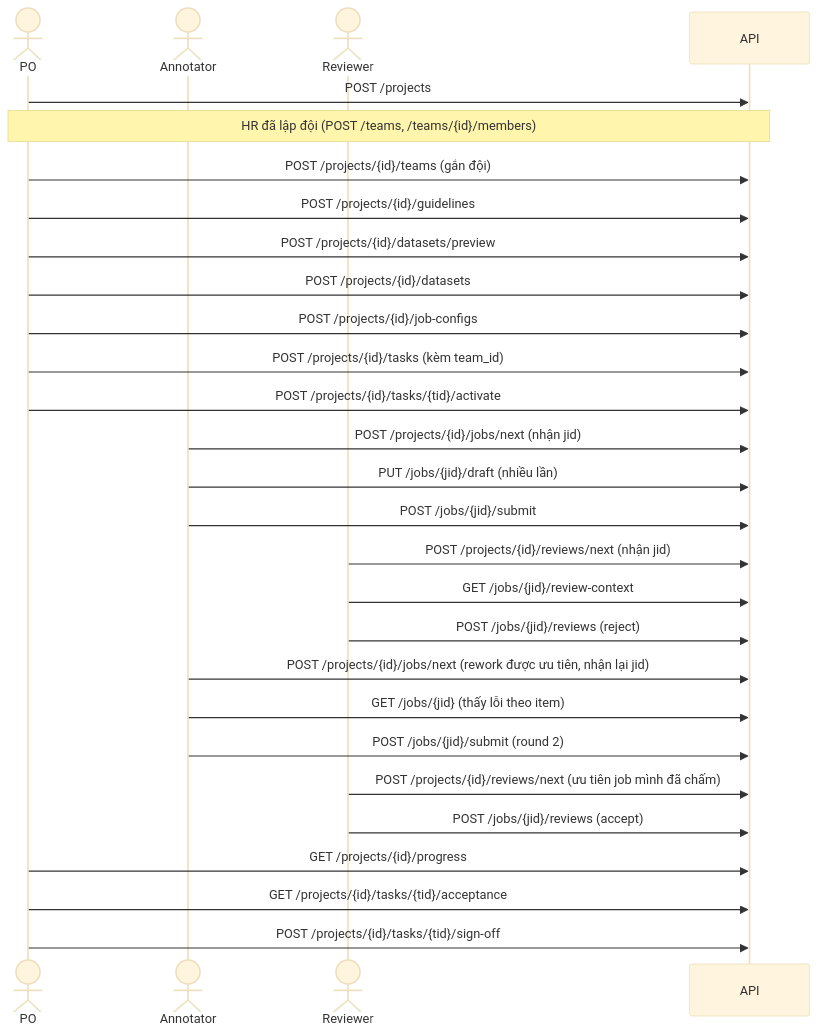
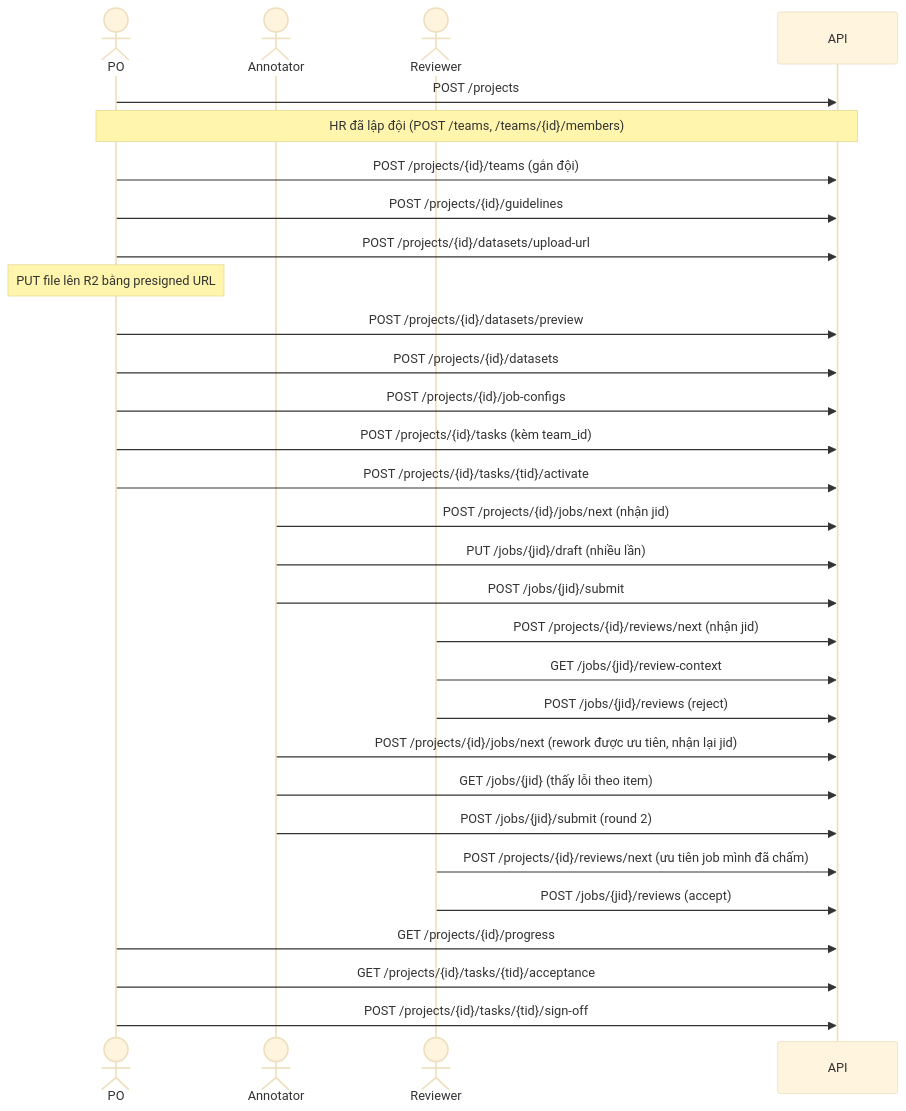
The third of 3 diagrams in docs/api_design.md (ducloc24/Annocollector), drawn with Mermaid (base theme) before and after one commit. The commit also changed other lines of this file and 3 other files, not shown here.

````diff
--- a/docs/api_design.md
+++ b/docs/api_design.md
@@ -618,36 +637,38 @@
 ```mermaid
 sequenceDiagram
     actor PO
     actor AN as Annotator
     actor RV as Reviewer
     participant API
 
     PO->>API: POST /projects
     Note over PO,API: HR đã lập đội (POST /teams, /teams/{id}/members)
     PO->>API: POST /projects/{id}/teams (gắn đội)
     PO->>API: POST /projects/{id}/guidelines
+    PO->>API: POST /projects/{id}/datasets/upload-url
+    Note over PO: PUT file lên R2 bằng presigned URL
     PO->>API: POST /projects/{id}/datasets/preview
     PO->>API: POST /projects/{id}/datasets
     PO->>API: POST /projects/{id}/job-configs
     PO->>API: POST /projects/{id}/tasks (kèm team_id)
     PO->>API: POST /projects/{id}/tasks/{tid}/activate
 
     AN->>API: POST /projects/{id}/jobs/next (nhận jid)
     AN->>API: PUT /jobs/{jid}/draft (nhiều lần)
     AN->>API: POST /jobs/{jid}/submit
 
     RV->>API: POST /projects/{id}/reviews/next (nhận jid)
     RV->>API: GET /jobs/{jid}/review-context
     RV->>API: POST /jobs/{jid}/reviews (reject)
 
     AN->>API: POST /projects/{id}/jobs/next (rework được ưu tiên, nhận lại jid)
     AN->>API: GET /jobs/{jid} (thấy lỗi theo item)
     AN->>API: POST /jobs/{jid}/submit (round 2)
 
     RV->>API: POST /projects/{id}/reviews/next (ưu tiên job mình đã chấm)
     RV->>API: POST /jobs/{jid}/reviews (accept)
 
     PO->>API: GET /projects/{id}/progress
     PO->>API: GET /projects/{id}/tasks/{tid}/acceptance
     PO->>API: POST /projects/{id}/tasks/{tid}/sign-off
 ```
````
